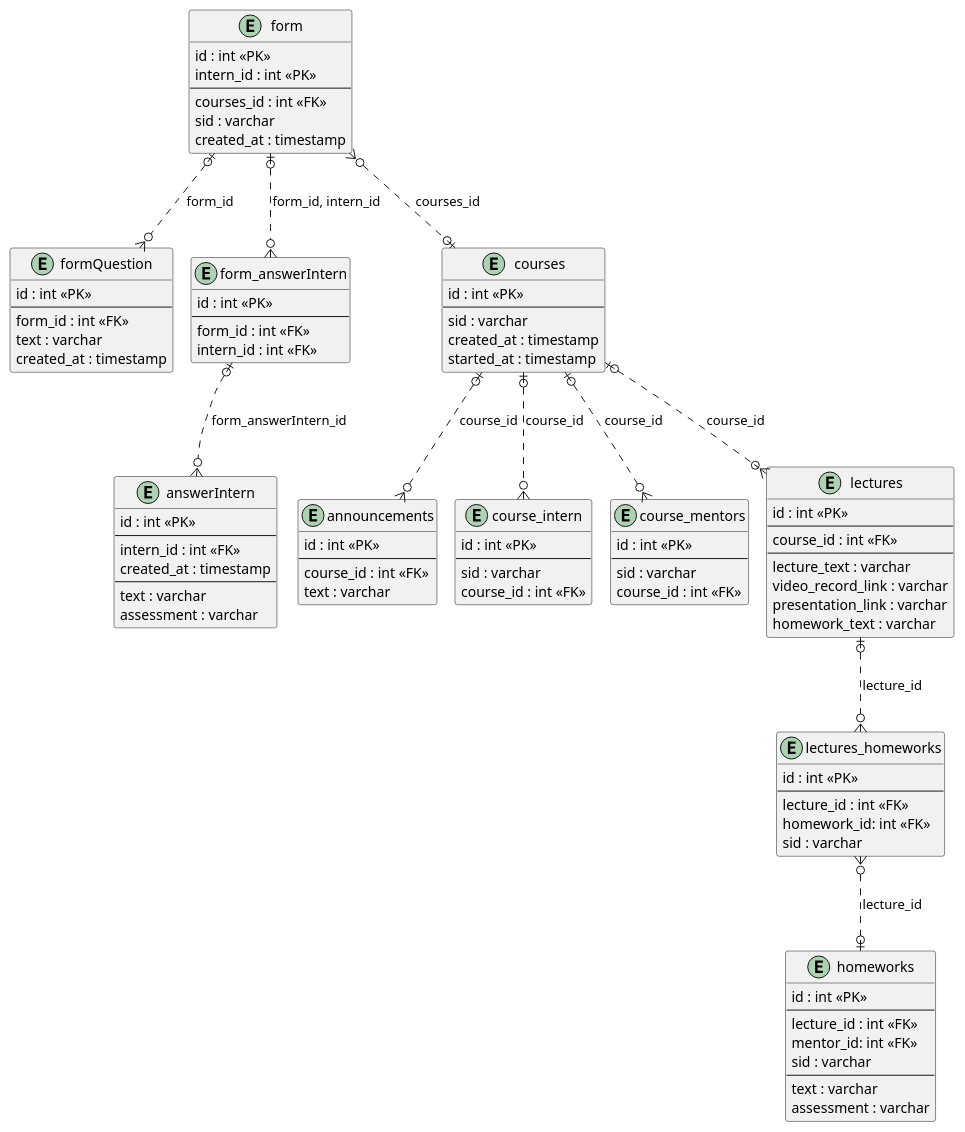
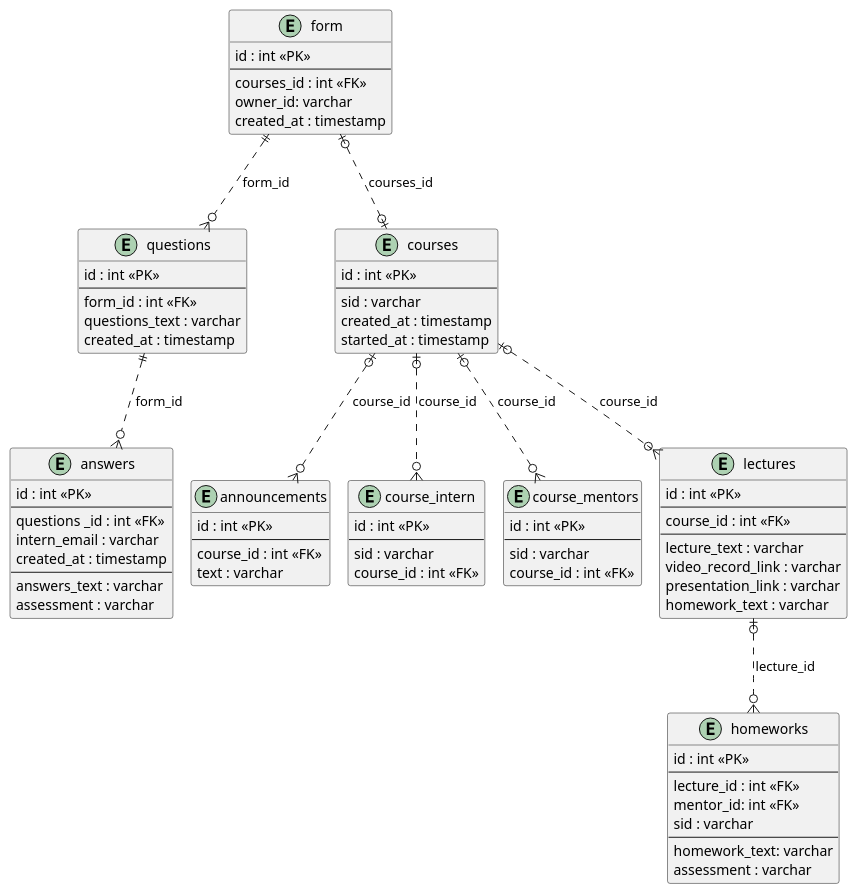
The diagram in plantUML/ERD.plantuml (Andrey-2020/system_analysis), drawn with PlantUML before and after one commit.

Commit message:
Оптимизировал ERD

```diff
--- a/plantUML/ERD.plantuml
+++ b/plantUML/ERD.plantuml
@@ -1,114 +1,98 @@
 @startuml
 !pragma layout smetana
 
 ' sid - security identifier - user id, который генерит ActiveDirectory (могу ошибаться).
 
 entity form {
     id : int <<PK>>
-    intern_id : int <<PK>>
     --
     courses_id : int <<FK>>
-    sid : varchar
+    owner_id: varchar
     created_at : timestamp
 }
 
-entity formQuestion {
+entity questions {
     id : int <<PK>>
     --
     form_id : int <<FK>>
-    text : varchar
+    questions_text : varchar
     created_at : timestamp
 }
 
-entity form_answerIntern {
+
+entity answers {
     id : int <<PK>>
     --
-    form_id : int <<FK>>
-    intern_id : int <<FK>>
-}
-
-entity answerIntern {
-    id : int <<PK>>
-    --
-    intern_id : int <<FK>>
+    questions _id : int <<FK>>
+    intern_email : varchar
     created_at : timestamp
     --
-    text : varchar
+    answers_text : varchar
     assessment : varchar
 }
 
-form |o...o{ formQuestion : form_id
-form |o...o{ form_answerIntern : form_id, intern_id
-form_answerIntern |o...o{ answerIntern : form_answerIntern_id
+form ||...o{ questions : form_id
+questions ||...o{ answers : form_id
 
 entity courses {
     id : int <<PK>>
     --
     sid : varchar
     created_at : timestamp
     started_at : timestamp
 }
 
 entity announcements {
     id : int <<PK>>
     --
     course_id : int <<FK>>
     text : varchar
 }
 
 ' Таблица, в которой хранится связь ментор-курс, чтобы выводить список менторов, закрепленных за курсом
 ' У одного курса несколько менторов, у одного ментора несколько курсов
 entity course_intern {
     id : int <<PK>>
     --
     sid : varchar
     course_id : int <<FK>>
 }
 
 entity course_mentors {
     id : int <<PK>>
     --
     sid : varchar
     course_id : int <<FK>>
 }
 
 entity lectures {
     id : int <<PK>>
     --
     course_id : int <<FK>>
     ---
     lecture_text : varchar
     video_record_link : varchar
     presentation_link : varchar
     homework_text : varchar
 }
-form }o...o| courses : courses_id
+form |o...o| courses : courses_id
 courses |o...o{ announcements : course_id
 courses |o...o{ course_mentors : course_id
 courses |o...o{ course_intern : course_id
 courses |o...o{ lectures : course_id
 
 ' Таблица с готовыми домашками интернов, связанная с конкретной лекцией. Когда домашка интерна готова, она инсертится
 ' в эту таблицу, и ее может оценить ментор.
 entity homeworks {
     id : int <<PK>>
     --
     lecture_id : int <<FK>>
     mentor_id: int <<FK>>
     sid : varchar
     --
-    text : varchar
+    homework_text: varchar
     assessment : varchar
 }
 
-entity lectures_homeworks {
-    id : int <<PK>>
-    --
-    lecture_id : int <<FK>>
-    homework_id: int <<FK>>
-    sid : varchar
-}
-
-lectures |o...o{ lectures_homeworks : lecture_id
-lectures_homeworks }o...o| homeworks : lecture_id
+lectures |o...o{ homeworks : lecture_id
 @enduml
```
